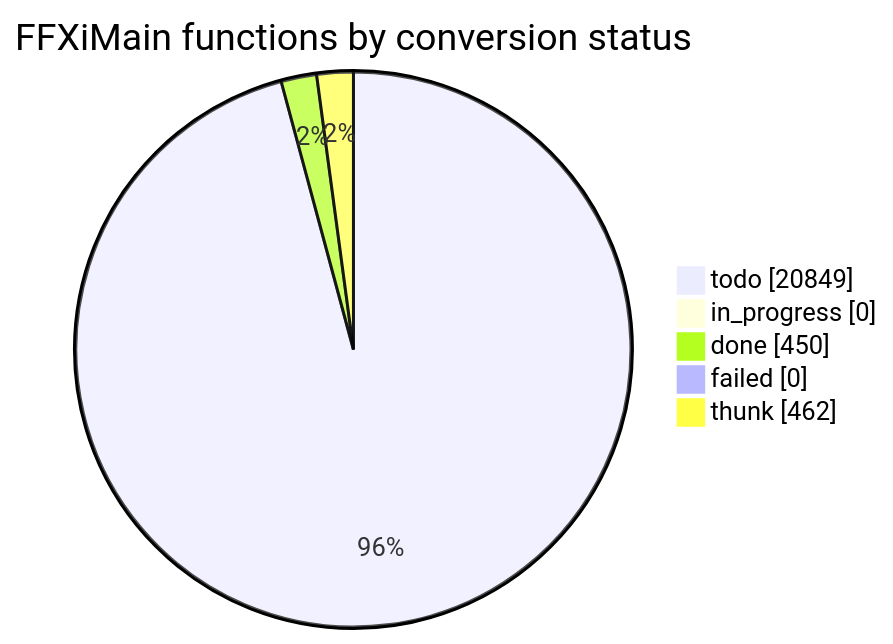
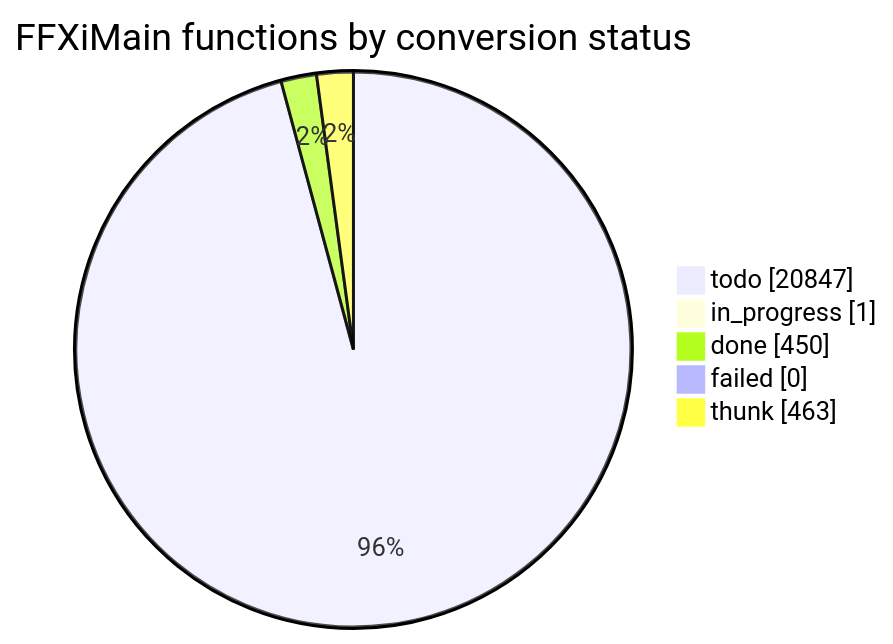
Before and after one commit to cowrevenge/cow_kuluu_xi_anything: the diagram in docs/cow/STATUS.md, drawn with Mermaid. The commit also changed other lines of this file and 3 other files, not shown here.

````diff
--- a/docs/cow/STATUS.md
+++ b/docs/cow/STATUS.md
@@ -18,9 +18,9 @@
 ```mermaid
 pie showData
     title FFXiMain functions by conversion status
-    "todo" : 20849
-    "in_progress" : 0
+    "todo" : 20847
+    "in_progress" : 1
     "done" : 450
     "failed" : 0
-    "thunk" : 462
+    "thunk" : 463
 ```
````
